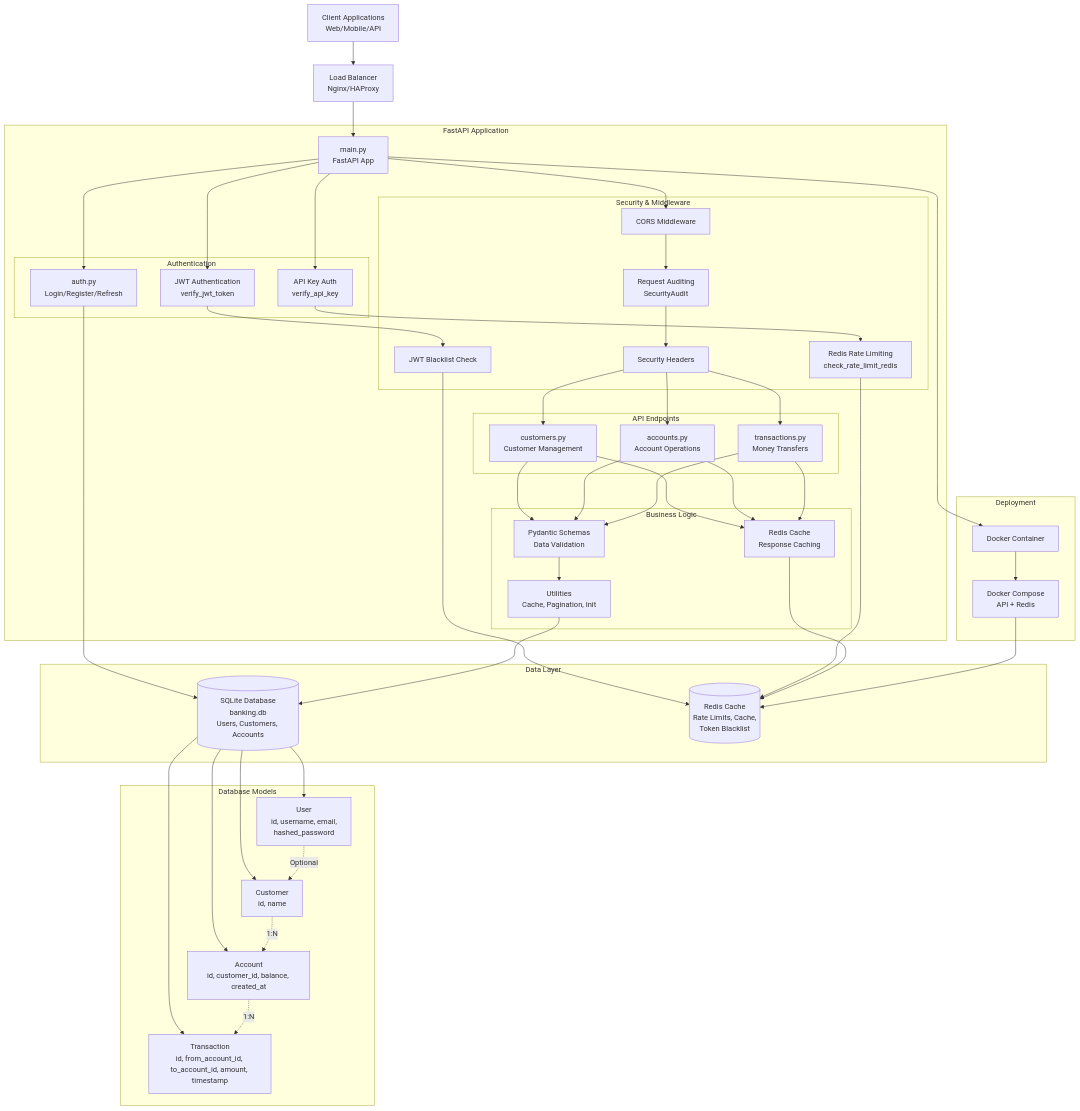
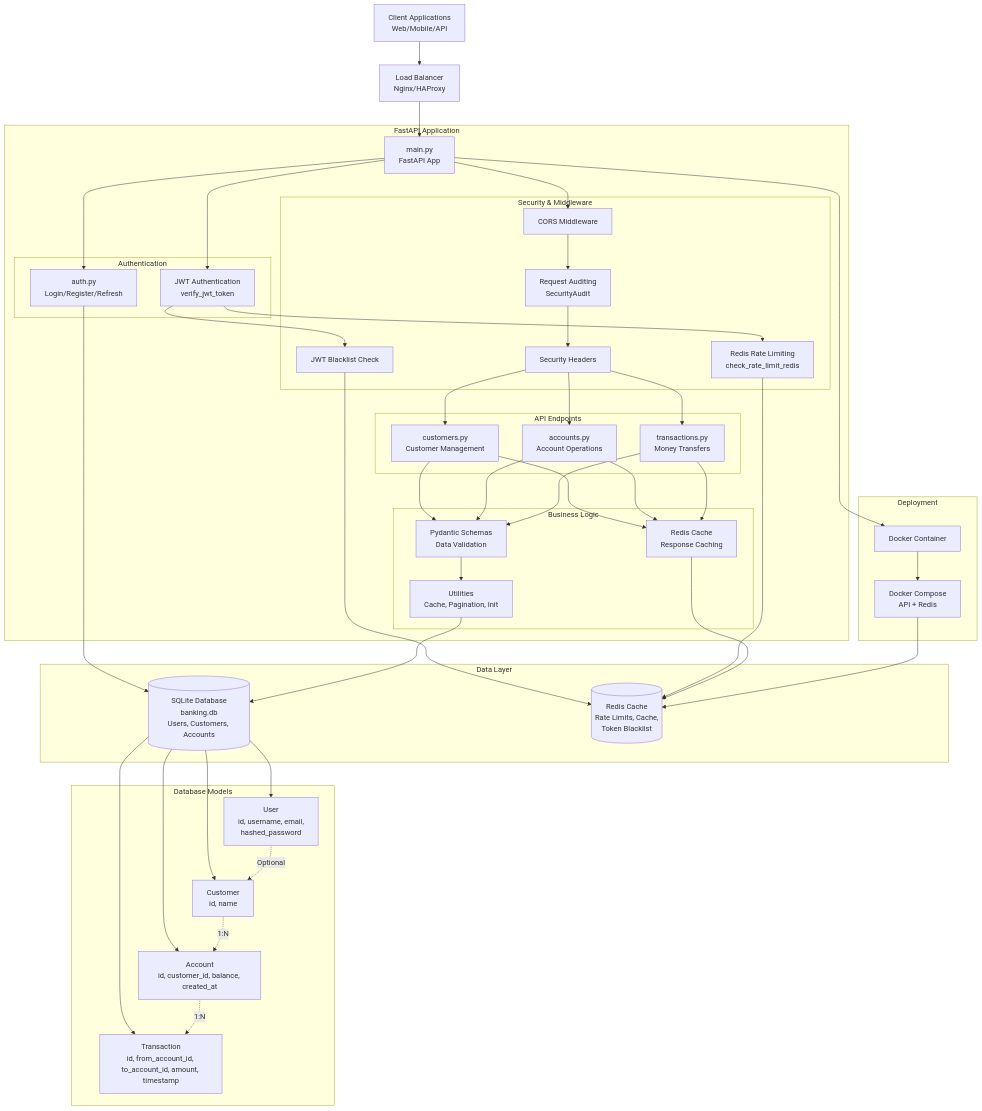
One commit to lixianphys/banking-api changed the first of 2 diagrams in README.md. Above: the diagram before and after it, drawn with Mermaid. The commit also changed other lines of this file and 1 other file, not shown here.

Commit message:
docs: update README files to reflect JWT-only authentication (API key removed)

```diff
--- a/README.md
+++ b/README.md
@@ -17,7 +17,6 @@
         %% Authentication Layer
         subgraph "Authentication"
             JWTAuth[JWT Authentication<br/>verify_jwt_token]
-            APIKeyAuth[API Key Auth<br/>verify_api_key]
             AuthRouter[auth.py<br/>Login/Register/Refresh]
         end
         
@@ -69,11 +68,10 @@
     Client --> LB
     LB --> Main
     Main --> JWTAuth
-    Main --> APIKeyAuth
     Main --> AuthRouter
     JWTAuth --> TokenBlacklist
     TokenBlacklist --> Redis
-    APIKeyAuth --> RateLimit
+    JWTAuth --> RateLimit
     RateLimit --> Redis
     AuthRouter --> DB
     Main --> CORS
```
